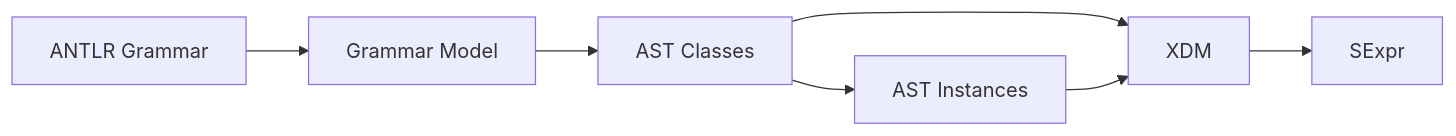
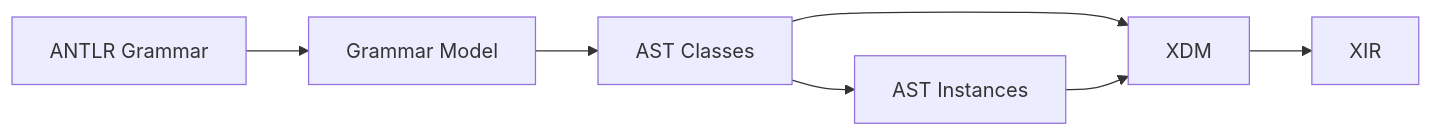
The tenth of 10 diagrams in papers/ANTLR_G4_to_AST_Classes_Spec.md (jurgenei/jurgenei), drawn with Mermaid before and after one commit. The commit also changed other lines of this file, not shown here.

Commit message:
made g4 schema grammar fit into xir

````diff
--- a/papers/ANTLR_G4_to_AST_Classes_Spec.md
+++ b/papers/ANTLR_G4_to_AST_Classes_Spec.md
@@ -530,17 +580,17 @@
 ```mermaid
 flowchart LR
 
     G[ANTLR Grammar]
     GM[Grammar Model]
     AC[AST Classes]
     AI[AST Instances]
     X[XDM]
-    S[SExpr]
+    XIR[XIR]
 
     G --> GM
     GM --> AC
     AC --> AI
     AC --> X
     AI --> X
-    X --> S
+    X --> XIR
 ```
````
